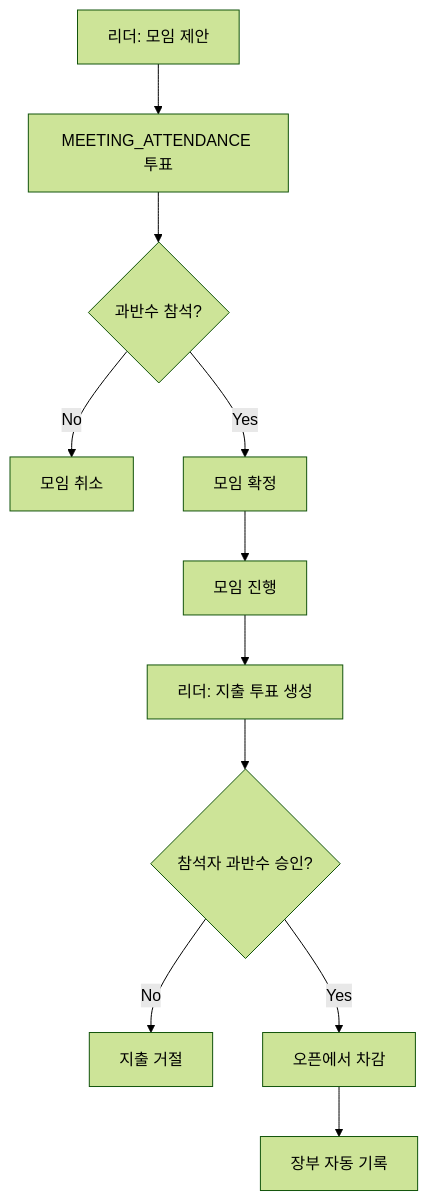
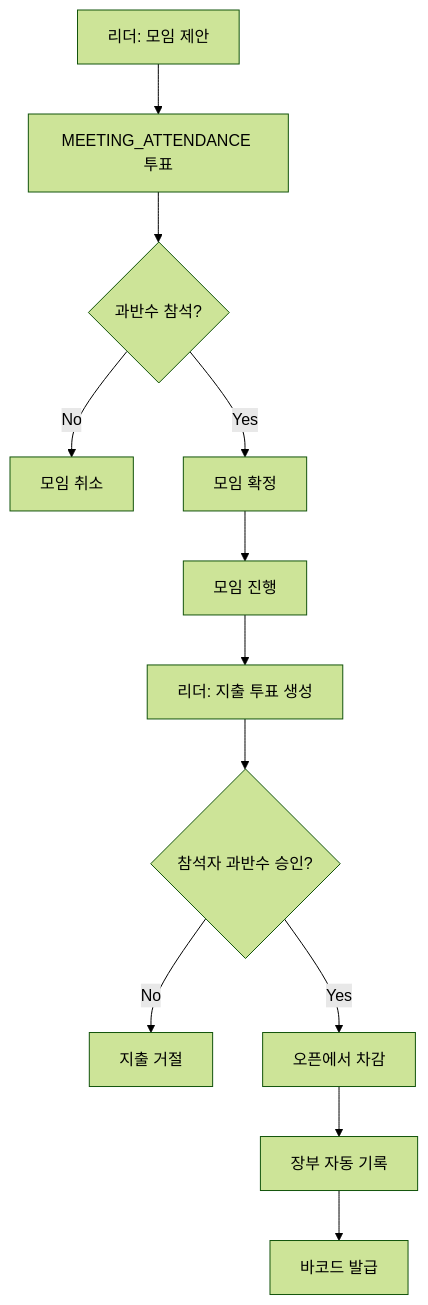
One commit to ParkChanNeul/woorido_frontend changed the third of 5 diagrams in docs/02_ENGINEERING/Frontend/DesignSystem/UX_FLOW.md. Above: the diagram before and after it, drawn with Mermaid (forest theme). The commit also changed other lines of this file and 7 other files, not shown here.

````diff
--- a/docs/02_ENGINEERING/Frontend/DesignSystem/UX_FLOW.md
+++ b/docs/02_ENGINEERING/Frontend/DesignSystem/UX_FLOW.md
@@ -72,13 +74,14 @@
 ```mermaid
 flowchart TD
     A[리더: 모임 제안] --> B[MEETING_ATTENDANCE 투표]
     B --> C{과반수 참석?}
     C -->|No| D[모임 취소]
     C -->|Yes| E[모임 확정]
     E --> F[모임 진행]
     F --> G[리더: 지출 투표 생성]
     G --> H{참석자 과반수 승인?}
     H -->|No| I[지출 거절]
     H -->|Yes| J[오픈에서 차감]
     J --> K[장부 자동 기록]
+    K --> L[바코드 발급]
 ```
````
